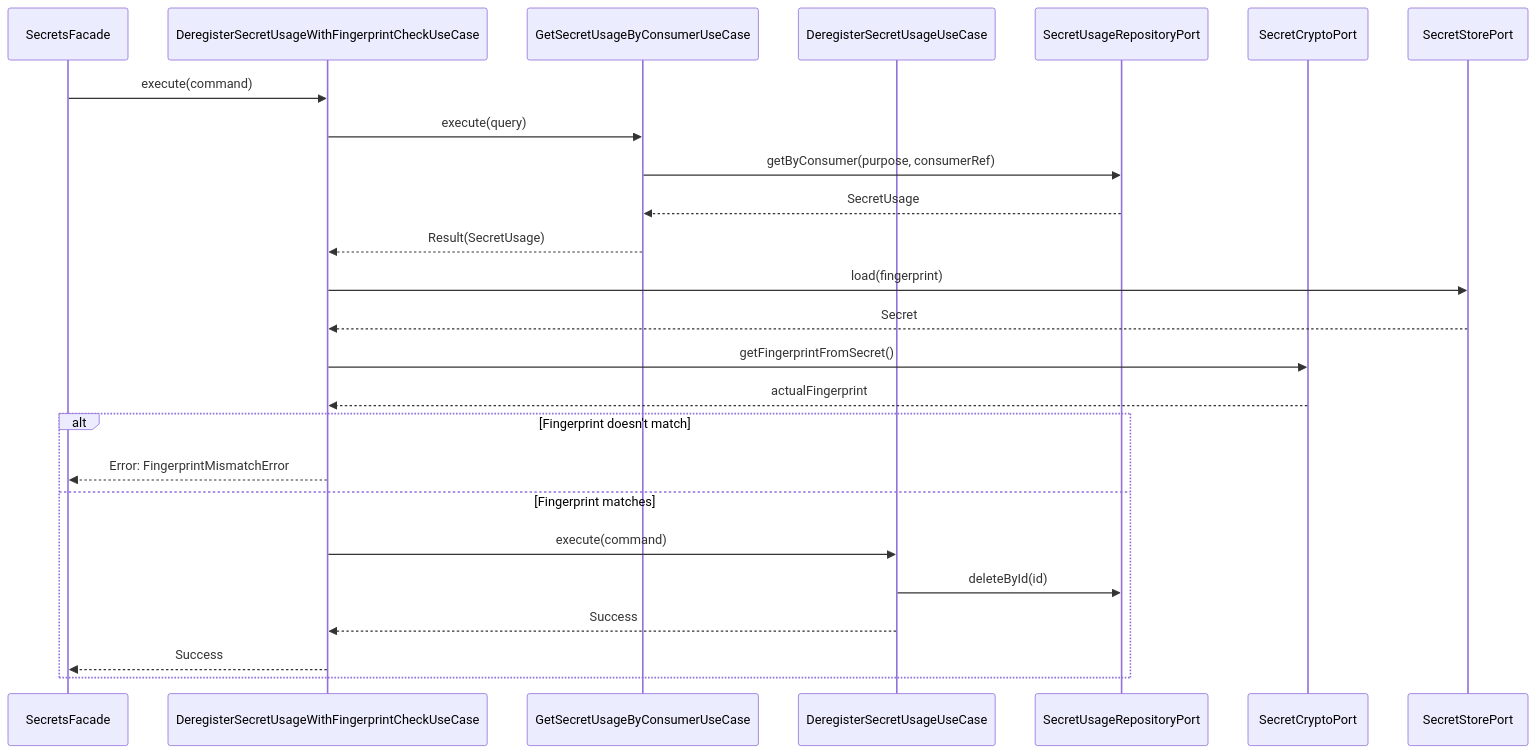
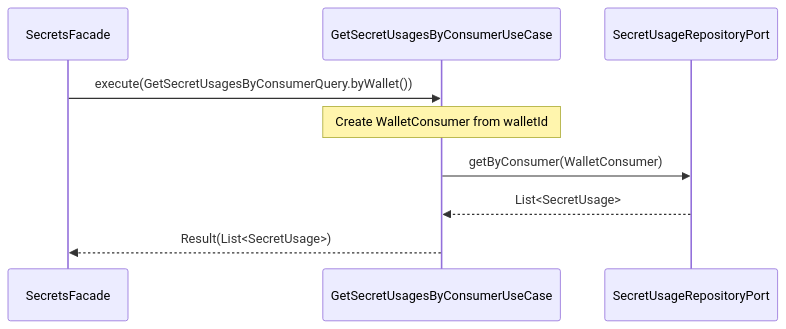
One commit to SatoshiPortal/bullbitcoin-mobile changed diagram 13 of 17 in lib/features/secrets/secrets_architecture.md. Above: the diagram before and after it, drawn with Mermaid. The commit also changed other lines of this file and 16 other files, not shown here.

Commit message:
update architecture doc of secrets

````diff
--- a/lib/features/secrets/secrets_architecture.md
+++ b/lib/features/secrets/secrets_architecture.md
@@ -523,28 +584,12 @@
 ```mermaid
 sequenceDiagram
     participant F as SecretsFacade
-    participant UC as DeregisterSecretUsageWithFingerprintCheckUseCase
-    participant GetUC as GetSecretUsageByConsumerUseCase
-    participant DeregUC as DeregisterSecretUsageUseCase
+    participant UC as GetSecretUsagesByConsumerUseCase
     participant SR as SecretUsageRepositoryPort
-    participant SC as SecretCryptoPort
-    participant SS as SecretStorePort
 
-    F->>UC: execute(command)
-    UC->>GetUC: execute(query)
-    GetUC->>SR: getByConsumer(purpose, consumerRef)
-    SR-->>GetUC: SecretUsage
-    GetUC-->>UC: Result(SecretUsage)
-    UC->>SS: load(fingerprint)
-    SS-->>UC: Secret
-    UC->>SC: getFingerprintFromSecret()
-    SC-->>UC: actualFingerprint
-    alt Fingerprint doesn't match
-        UC-->>F: Error: FingerprintMismatchError
-    else Fingerprint matches
-        UC->>DeregUC: execute(command)
-        DeregUC->>SR: deleteById(id)
-        DeregUC-->>UC: Success
-        UC-->>F: Success
-    end
+    F->>UC: execute(GetSecretUsagesByConsumerQuery.byWallet())
+    Note over UC: Create WalletConsumer from walletId
+    UC->>SR: getByConsumer(WalletConsumer)
+    SR-->>UC: List<SecretUsage>
+    UC-->>F: Result(List<SecretUsage>)
 ```
````
